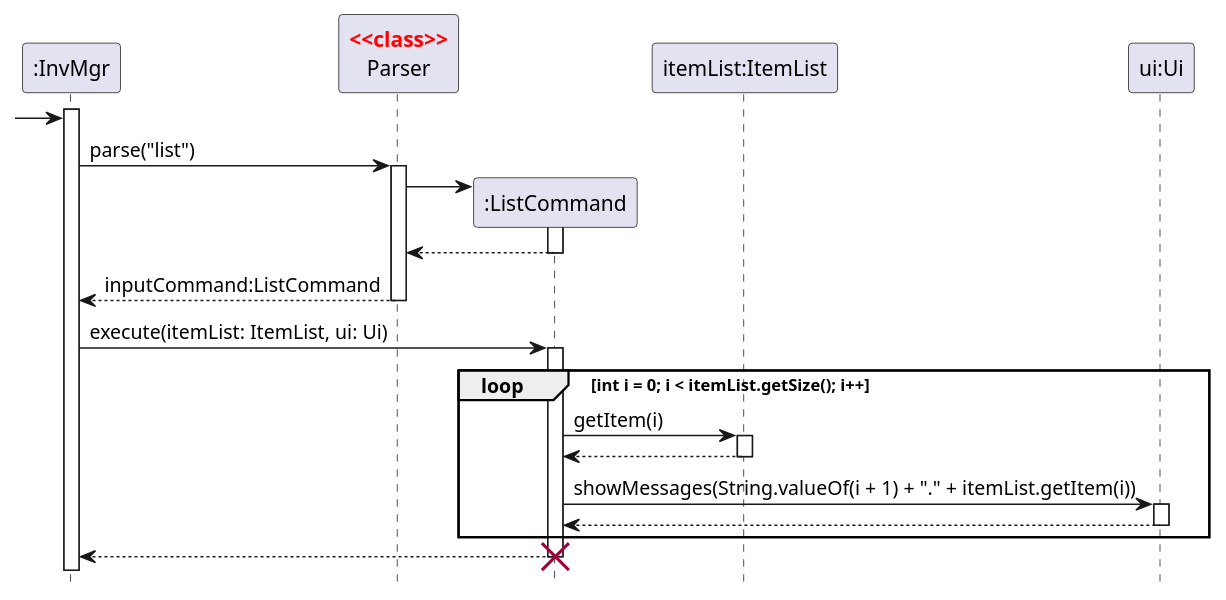
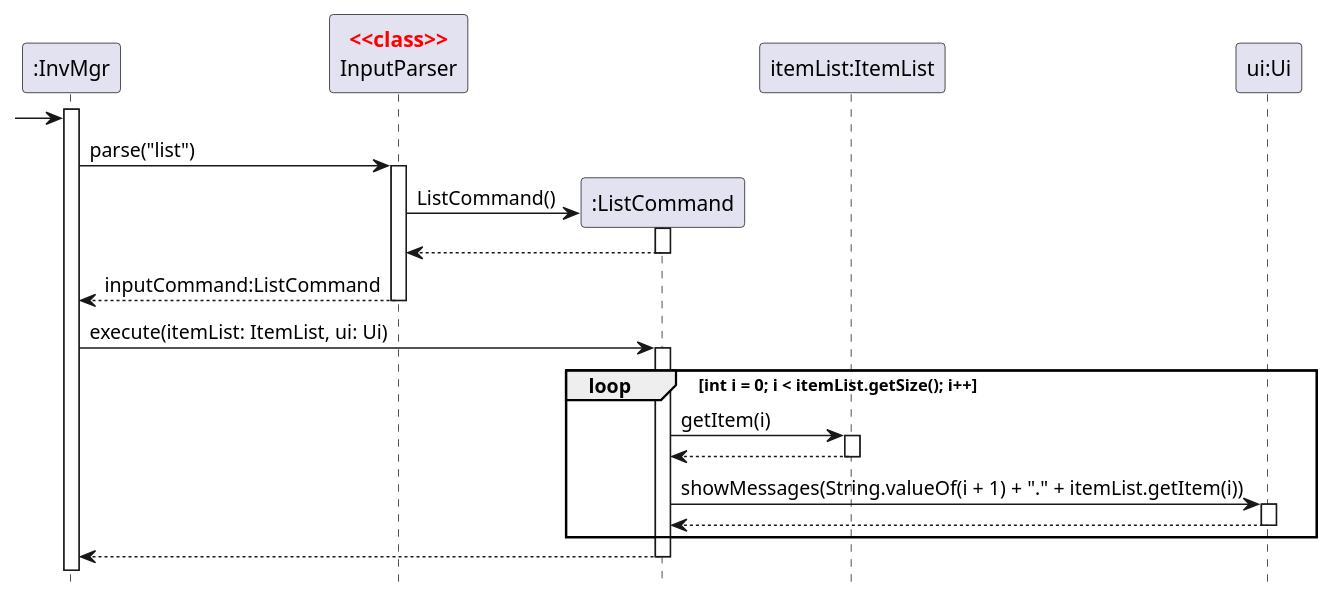
One commit to nus-cs2113-AY2122S2/tp changed the diagram in docs/diagrams/ListCommandSequenceDiagram.puml. Above: the diagram before and after it, drawn with PlantUML. The commit also changed 7 other files, not shown here.

Commit message:
Update Developer Guide for ListCommand, ListAvailableBorrowingsCommand and CancelFutureBorrowings Command

```diff
--- a/docs/diagrams/ListCommandSequenceDiagram.puml
+++ b/docs/diagrams/ListCommandSequenceDiagram.puml
@@ -1,43 +1,42 @@
 @startuml
 'https://plantuml.com/sequence-diagram
 hide footbox
 skinparam guillemet false
 skinparam sequenceStereotypeFontColor red
 skinparam sequenceStereotypeFontStyle bold
 
 Participant ":InvMgr" as invmgr
-Participant "Parser" as parser <<class>>
+Participant "InputParser" as parser <<class>>
 Participant ":ListCommand" as lstcmd
 Participant "itemList:ItemList" as itmlst
 Participant "ui:Ui" as ui
 
 activate invmgr
 
 -> invmgr
 invmgr -> parser:parse("list")
 activate parser
 
 create lstcmd
-parser -> lstcmd
+parser -> lstcmd:ListCommand()
 activate lstcmd
 return
 
 return inputCommand:ListCommand
 
 invmgr -> lstcmd:execute(itemList: ItemList, ui: Ui)
 
 activate lstcmd
 loop int i = 0; i < itemList.getSize(); i++
     lstcmd -> itmlst:getItem(i)
     activate itmlst
     return
 
     lstcmd -> ui:showMessages(String.valueOf(i + 1) + "." + itemList.getItem(i))
     activate ui
     return 
 
 end
 return
-destroy lstcmd
 
 @enduml
```
